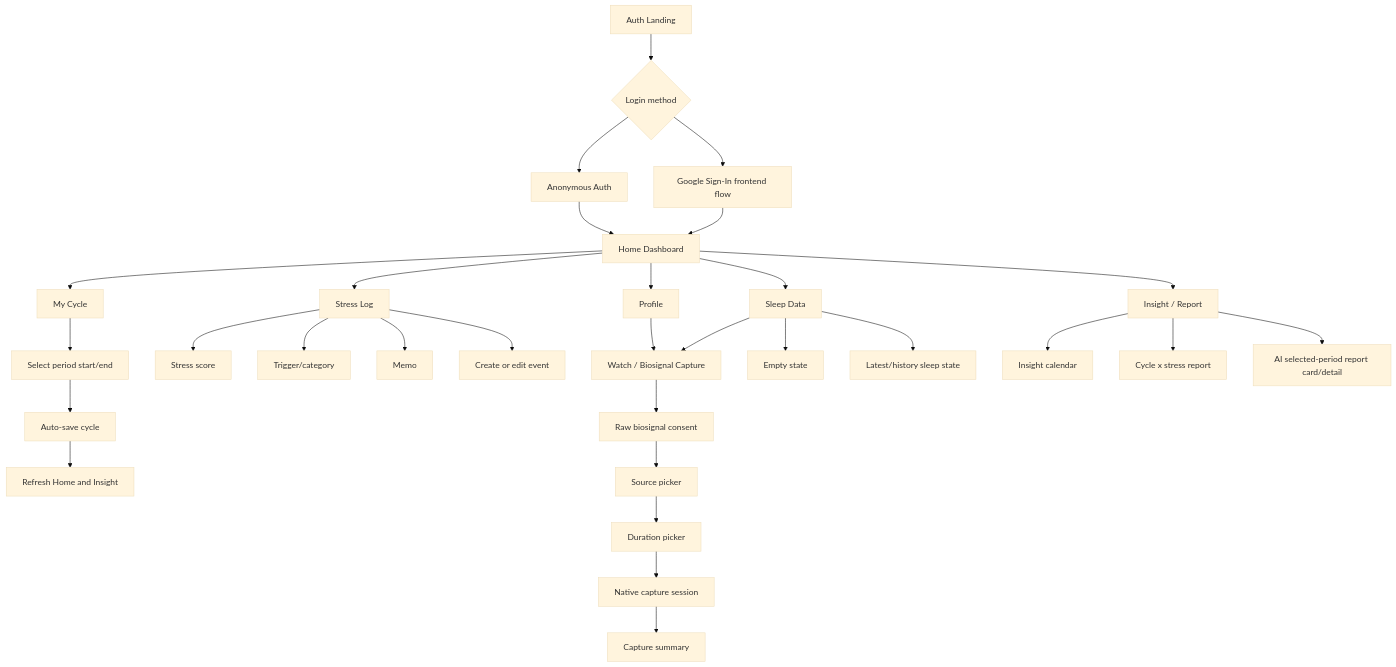
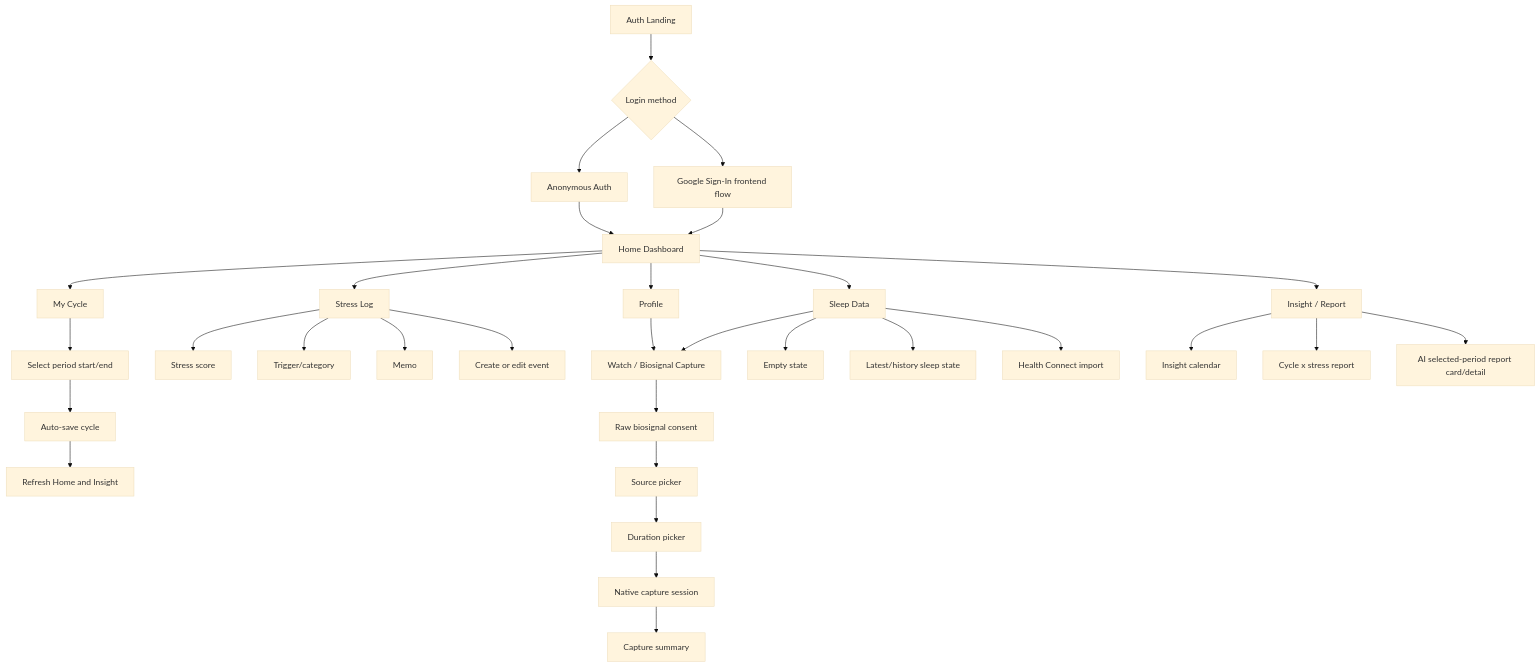
The second of 4 diagrams in README.md (kookmin-sw/2026-capstone-18), drawn with Mermaid (base theme) before and after one commit. The commit also changed other lines of this file and 8 other files, not shown here.

````diff
--- a/README.md
+++ b/README.md
@@ -641,38 +648,39 @@
 ```mermaid
 flowchart TD
     A["Auth Landing"] --> B{"Login method"}
     B --> C["Anonymous Auth"]
     B --> D["Google Sign-In frontend flow"]
     C --> E["Home Dashboard"]
     D --> E
 
     E --> F["Stress Log"]
     E --> G["My Cycle"]
     E --> H["Sleep Data"]
     E --> I["Insight / Report"]
     E --> J["Profile"]
     J --> K["Watch / Biosignal Capture"]
     H --> K
 
     F --> F1["Stress score"]
     F --> F2["Trigger/category"]
     F --> F3["Memo"]
     F --> F4["Create or edit event"]
 
     G --> G1["Select period start/end"]
     G1 --> G2["Auto-save cycle"]
     G2 --> G3["Refresh Home and Insight"]
 
     H --> H1["Empty state"]
     H --> H2["Latest/history sleep state"]
+    H --> H3["Health Connect import"]
 
     I --> I1["Insight calendar"]
     I --> I2["Cycle x stress report"]
     I --> I3["AI selected-period report card/detail"]
 
     K --> K1["Raw biosignal consent"]
     K1 --> K2["Source picker"]
     K2 --> K3["Duration picker"]
     K3 --> K4["Native capture session"]
     K4 --> K5["Capture summary"]
 ```
````
